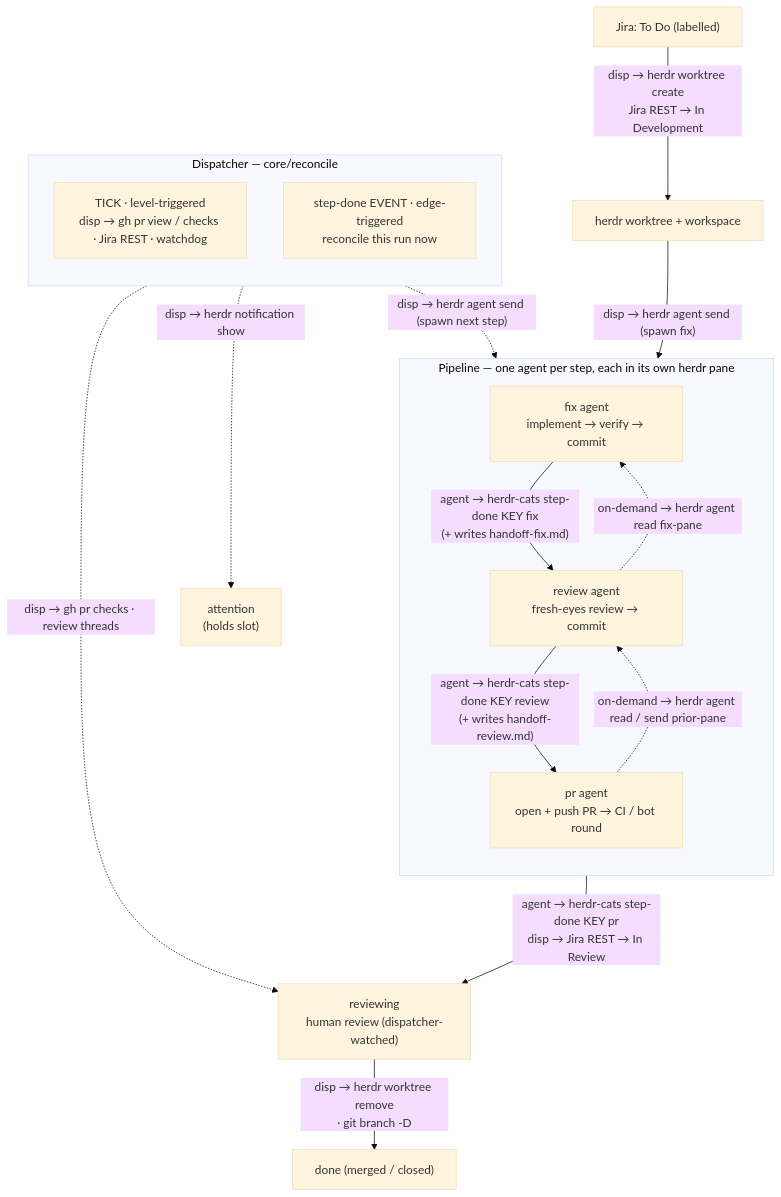
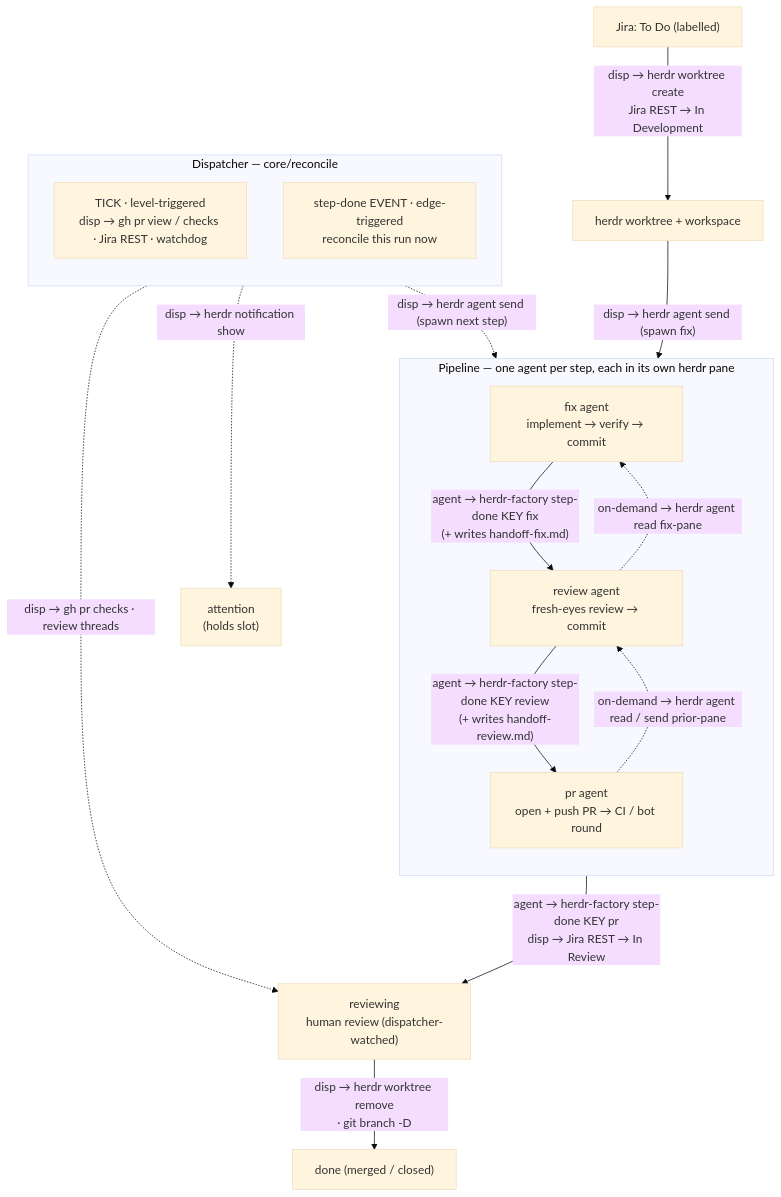
One commit to razajamil/herdr-factory changed the diagram in docs/ARCHITECTURE.md. Above: the diagram before and after it, drawn with Mermaid (base theme). The commit also changed other lines of this file and 15 other files, not shown here.

First line of the commit message:
chore: rename project herdr-cats → herdr-factory (drop the "cats" metaphor)

````diff
--- a/docs/ARCHITECTURE.md
+++ b/docs/ARCHITECTURE.md
@@ -248,29 +248,29 @@
 ```mermaid
 flowchart TD
     subgraph PIPE["Pipeline — one agent per step, each in its own herdr pane"]
       direction TB
       fix["fix agent<br/>implement → verify → commit"]
       review["review agent<br/>fresh-eyes review → commit"]
       pr["pr agent<br/>open + push PR → CI / bot round"]
-      fix -->|"agent → herdr-cats step-done KEY fix<br/>(+ writes handoff-fix.md)"| review
-      review -->|"agent → herdr-cats step-done KEY review<br/>(+ writes handoff-review.md)"| pr
+      fix -->|"agent → herdr-factory step-done KEY fix<br/>(+ writes handoff-fix.md)"| review
+      review -->|"agent → herdr-factory step-done KEY review<br/>(+ writes handoff-review.md)"| pr
     end
 
     subgraph DISP["Dispatcher — core/reconcile"]
       direction TB
       tick["TICK · level-triggered<br/>disp → gh pr view / checks · Jira REST · watchdog"]
       nudge["step-done EVENT · edge-triggered<br/>reconcile this run now"]
     end
 
     todo["Jira: To Do (labelled)"] -->|"disp → herdr worktree create<br/>Jira REST → In Development"| wt["herdr worktree + workspace"]
     wt -->|"disp → herdr agent send (spawn fix)"| fix
-    pr -->|"agent → herdr-cats step-done KEY pr<br/>disp → Jira REST → In Review"| human["reviewing<br/>human review (dispatcher-watched)"]
+    pr -->|"agent → herdr-factory step-done KEY pr<br/>disp → Jira REST → In Review"| human["reviewing<br/>human review (dispatcher-watched)"]
     human -->|"disp → herdr worktree remove<br/>· git branch -D"| done["done (merged / closed)"]
 
     nudge -.->|"disp → herdr agent send (spawn next step)"| PIPE
     tick -.->|"disp → gh pr checks · review threads"| human
     tick -.->|"disp → herdr notification show"| attention["attention<br/>(holds slot)"]
 
     review -.->|"on-demand → herdr agent read fix-pane"| fix
     pr -.->|"on-demand → herdr agent read / send prior-pane"| review
 ```
````
